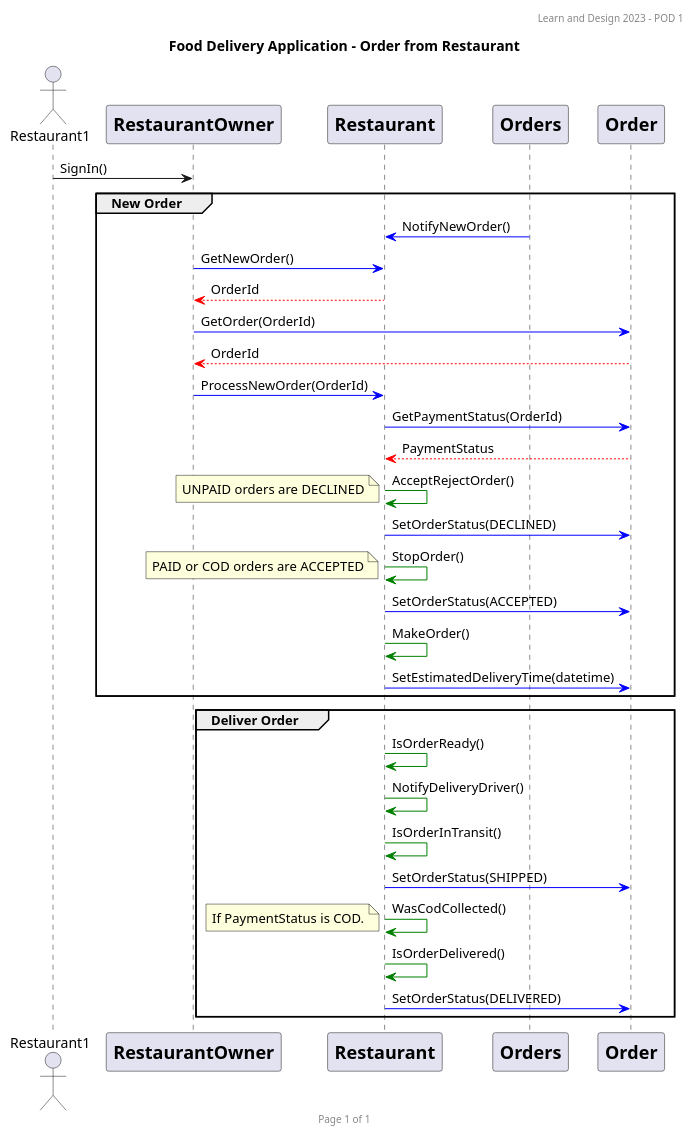
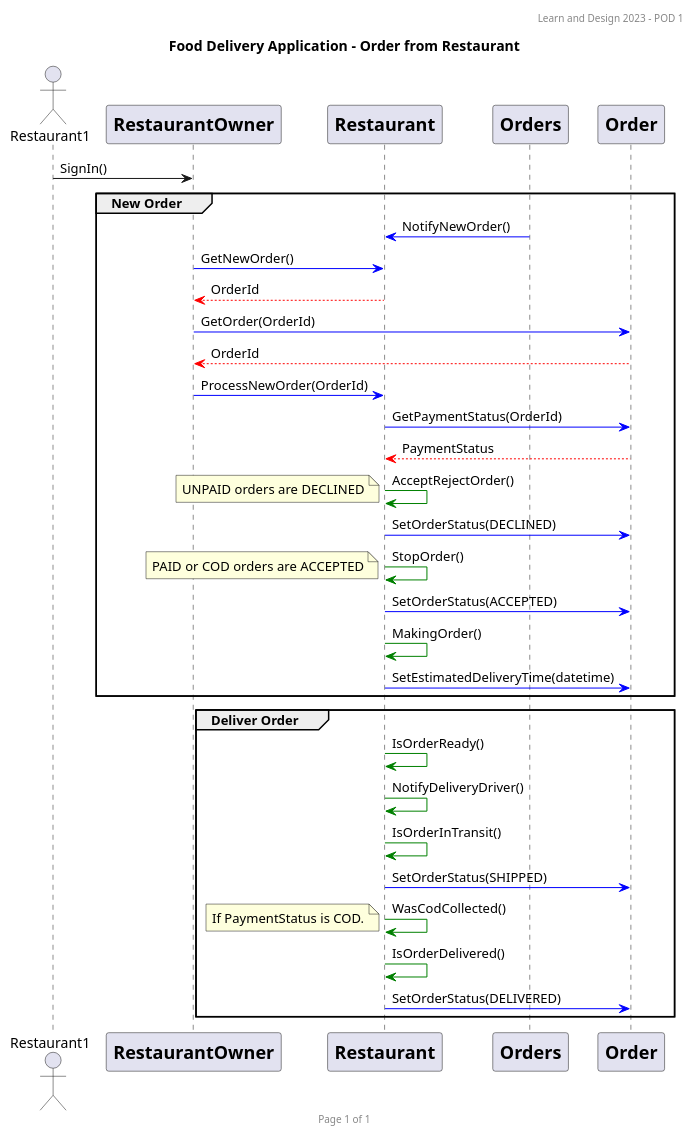
One commit to WestonDockstader/FoodDeliveryApp changed the diagram in SequenceDiagram/restaurantOwner-sequence.puml. Above: the diagram before and after it, drawn with PlantUML. The commit also changed 2 other files, not shown here.

Commit message:
Add private methods to Class diagram.

```diff
--- a/SequenceDiagram/restaurantOwner-sequence.puml
+++ b/SequenceDiagram/restaurantOwner-sequence.puml
@@ -1,61 +1,61 @@
 @startuml
 header Learn and Design 2023 - POD 1
 footer Page %page% of %lastpage%
 
 title: Food Delivery Application - Order from Restaurant
 
 actor Restaurant1
 
 participant RestaurantOwner [
     = RestaurantOwner
 ]
 
 participant Restaurant [
     = Restaurant
 ]
 
 participant Orders [
     = Orders
 ]
 
 participant Order [
     = Order
 ]
 
 Restaurant1 -> RestaurantOwner : SignIn()
     group New Order
 Orders -[#blue]> Restaurant : NotifyNewOrder()
 RestaurantOwner -[#blue]> Restaurant : GetNewOrder()
 Restaurant -[#red]-> RestaurantOwner : OrderId
 RestaurantOwner -[#blue]> Order : GetOrder(OrderId)
 Order -[#red]-> RestaurantOwner : OrderId
 RestaurantOwner -[#blue]> Restaurant : ProcessNewOrder(OrderId)
 Restaurant -[#blue]> Order : GetPaymentStatus(OrderId)
 Order -[#red]-> Restaurant : PaymentStatus
 Restaurant -[#green]> Restaurant : AcceptRejectOrder()
     note left
         UNPAID orders are DECLINED
     end note
 Restaurant -[#blue]> Order : SetOrderStatus(DECLINED)
 Restaurant -[#green]> Restaurant : StopOrder()
     note left
         PAID or COD orders are ACCEPTED
     end note
 Restaurant -[#blue]> Order : SetOrderStatus(ACCEPTED)
 
-Restaurant -[#green]> Restaurant : MakeOrder()
+Restaurant -[#green]> Restaurant : MakingOrder()
 Restaurant -[#blue]> Order : SetEstimatedDeliveryTime(datetime)
     end
     group Deliver Order
 Restaurant -[#green]> Restaurant : IsOrderReady()
 Restaurant -[#green]> Restaurant : NotifyDeliveryDriver()
 Restaurant -[#green]> Restaurant : IsOrderInTransit()
 Restaurant -[#blue]> Order : SetOrderStatus(SHIPPED)
 Restaurant -[#green]> Restaurant : WasCodCollected()
     note left
         If PaymentStatus is COD.
     end note
 Restaurant -[#green]> Restaurant : IsOrderDelivered()
 Restaurant -[#blue]> Order : SetOrderStatus(DELIVERED)
     end
 @enduml
```
